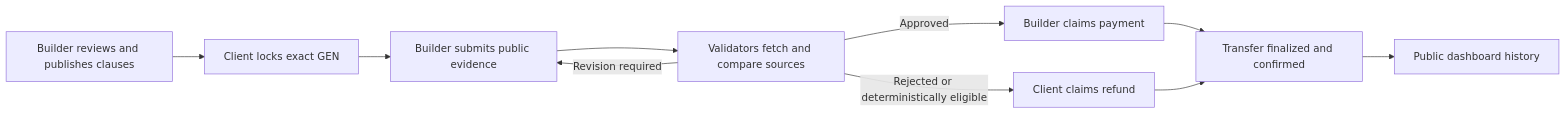
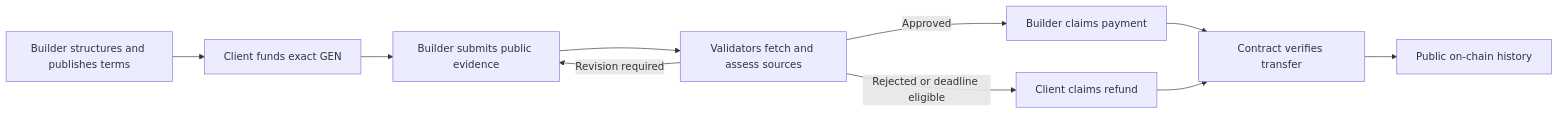
One commit to tanphung/ClauseFlow changed the diagram in README.md. Above: the diagram before and after it, drawn with Mermaid. The commit also changed other lines of this file, not shown here.

````diff
--- a/README.md
+++ b/README.md
@@ -70,12 +38,12 @@
 ```mermaid
 flowchart LR
-  A[Builder reviews and publishes clauses] --> B[Client locks exact GEN]
+  A[Builder structures and publishes terms] --> B[Client funds exact GEN]
   B --> C[Builder submits public evidence]
-  C --> D[Validators fetch and compare sources]
+  C --> D[Validators fetch and assess sources]
   D -->|Approved| E[Builder claims payment]
   D -->|Revision required| C
-  D -->|Rejected or deterministically eligible| F[Client claims refund]
-  E --> G[Transfer finalized and confirmed]
+  D -->|Rejected or deadline eligible| F[Client claims refund]
+  E --> G[Contract verifies transfer]
   F --> G
-  G --> H[Public dashboard history]
+  G --> H[Public on-chain history]
 ```
````
